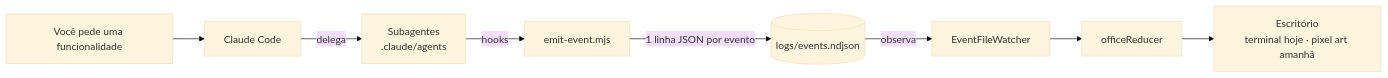
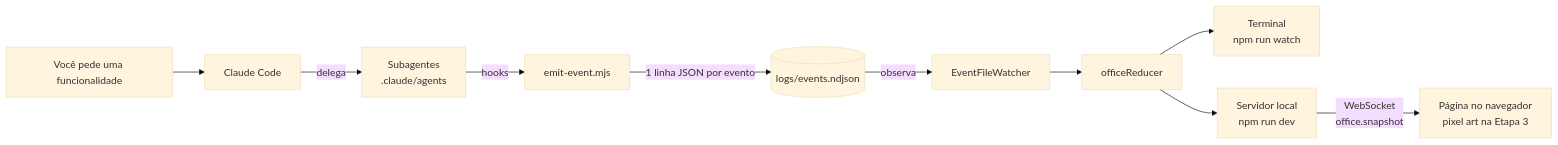
One commit to FelipeeBrito/OwllFloor changed the diagram in README.md. Above: the diagram before and after it, drawn with Mermaid (base theme). The commit also changed other lines of this file and 2 other files, not shown here.

Commit message:
docs: ADR do servidor, débito técnico e modo de trabalho

````diff
--- a/README.md
+++ b/README.md
@@ -27,10 +28,12 @@
 ```mermaid
 flowchart LR
     U[Você pede uma funcionalidade] --> C[Claude Code]
     C -->|delega| A[Subagentes<br/>.claude/agents]
     A -->|hooks| H[emit-event.mjs]
     H -->|1 linha JSON por evento| F[(logs/events.ndjson)]
     F -->|observa| W[EventFileWatcher]
     W --> R[officeReducer]
-    R --> T[Escritório<br/>terminal hoje · pixel art amanhã]
+    R --> T[Terminal<br/>npm run watch]
+    R --> S[Servidor local<br/>npm run dev]
+    S -->|WebSocket<br/>office.snapshot| B[Página no navegador<br/>pixel art na Etapa 3]
 ```
````
